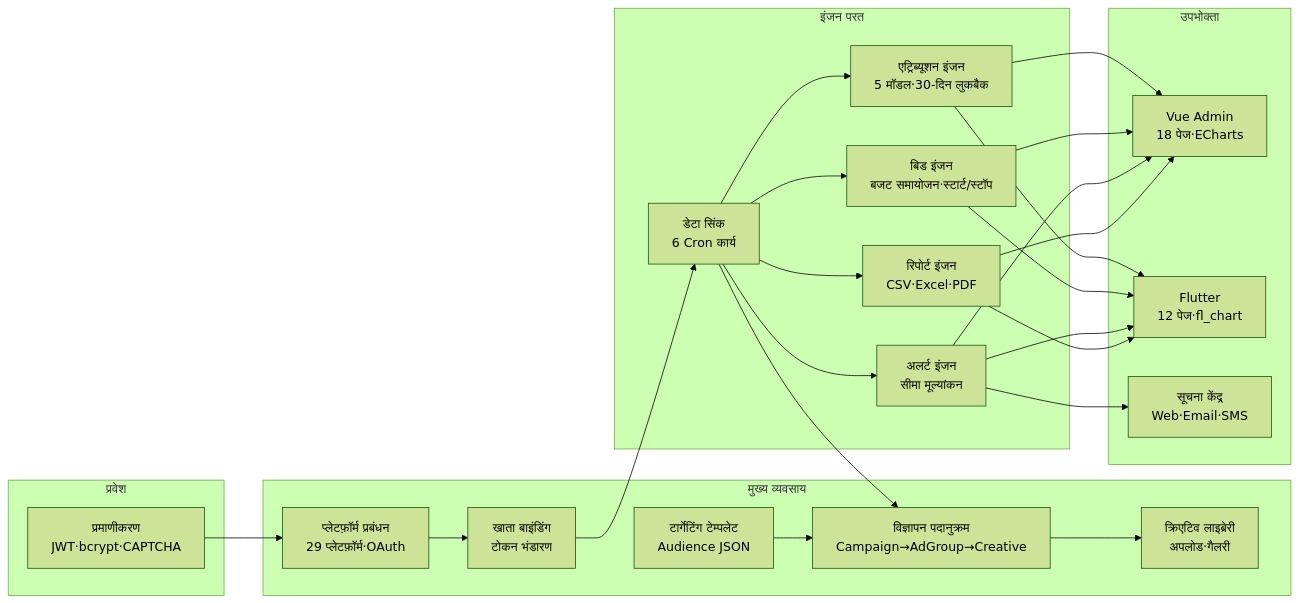
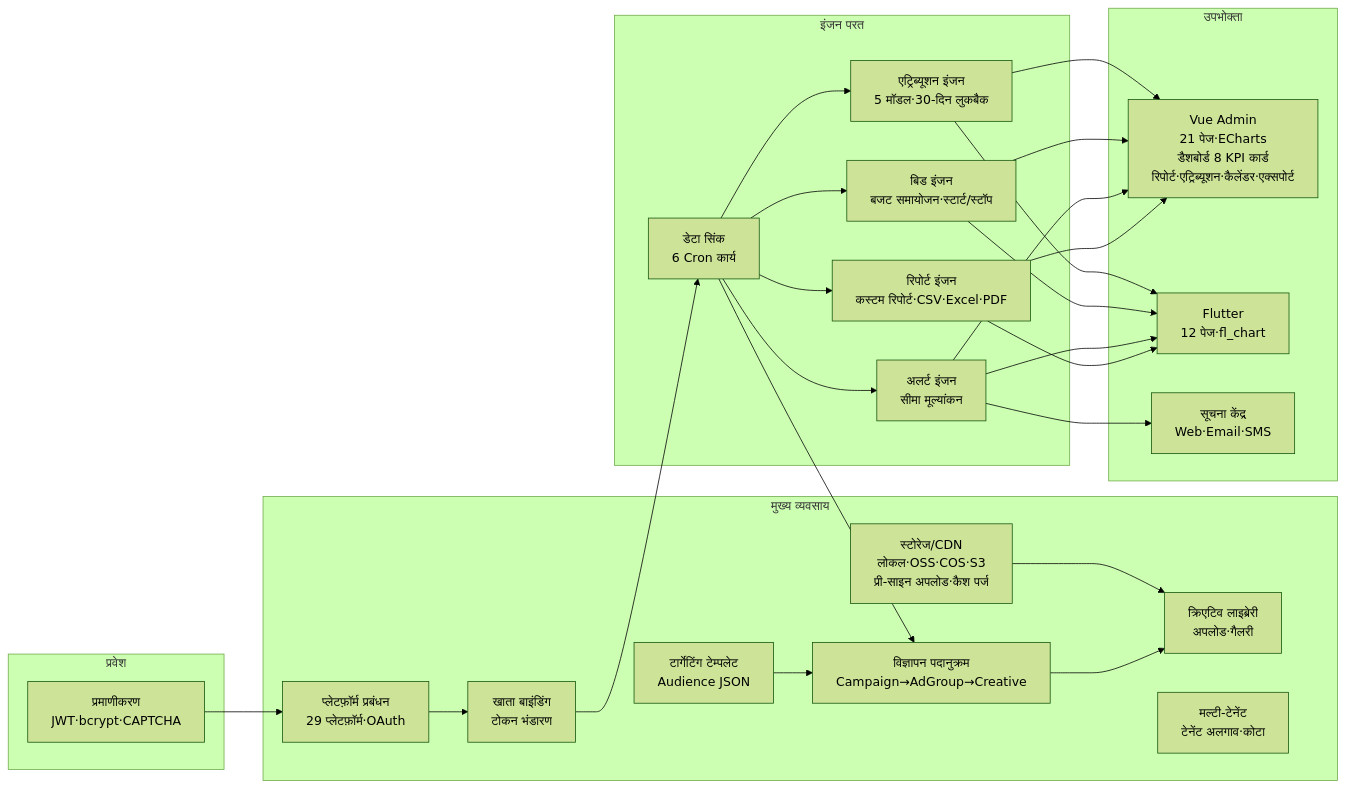
The diagram in docs/diagrams/svg/functional-modules.hi.mmd (erikwang2013/ads-php), drawn with Mermaid (forest theme) before and after one commit. The commit also changed 64 other files, not shown here.

First line of the commit message:
docs(usage): 使用说明文档 ×13 语言 + 功能模块图更新 + README 使用说明链接

```diff
--- a/docs/diagrams/svg/functional-modules.hi.mmd
+++ b/docs/diagrams/svg/functional-modules.hi.mmd
@@ -1,29 +1,32 @@
 graph LR
     subgraph Entry["प्रवेश"]
         A1["प्रमाणीकरण<br/>JWT·bcrypt·CAPTCHA"]
     end
     subgraph Core["मुख्य व्यवसाय"]
         B1["प्लेटफ़ॉर्म प्रबंधन<br/>29 प्लेटफ़ॉर्म·OAuth"]
         B2["खाता बाइंडिंग<br/>टोकन भंडारण"]
         B3["विज्ञापन पदानुक्रम<br/>Campaign→AdGroup→Creative"]
         B4["क्रिएटिव लाइब्रेरी<br/>अपलोड·गैलरी"]
         B5["टार्गेटिंग टेम्पलेट<br/>Audience JSON"]
+        B6["स्टोरेज/CDN<br/>लोकल·OSS·COS·S3<br/>प्री-साइन अपलोड·कैश पर्ज"]
+        B7["मल्टी-टेनेंट<br/>टेनेंट अलगाव·कोटा"]
     end
     subgraph Engine["इंजन परत"]
         C1["डेटा सिंक<br/>6 Cron कार्य"]
-        C2["रिपोर्ट इंजन<br/>CSV·Excel·PDF"]
+        C2["रिपोर्ट इंजन<br/>कस्टम रिपोर्ट·CSV·Excel·PDF"]
         C3["अलर्ट इंजन<br/>सीमा मूल्यांकन"]
         C4["बिड इंजन<br/>बजट समायोजन·स्टार्ट/स्टॉप"]
         C5["एट्रिब्यूशन इंजन<br/>5 मॉडल·30-दिन लुकबैक"]
     end
     subgraph Endpoint["उपभोक्ता"]
-        D1["Vue Admin<br/>18 पेज·ECharts"]
+        D1["Vue Admin<br/>21 पेज·ECharts<br/>डैशबोर्ड 8 KPI कार्ड<br/>रिपोर्ट·एट्रिब्यूशन·कैलेंडर·एक्सपोर्ट"]
         D2["Flutter<br/>12 पेज·fl_chart"]
         D3["सूचना केंद्र<br/>Web·Email·SMS"]
     end
     A1 --> B1 --> B2 --> C1
     C1 --> B3 --> B4
     B5 --> B3
+    B6 --> B4
     C1 --> C2 & C3 & C4 & C5
     C2 & C3 & C4 & C5 --> D1 & D2
     C3 --> D3
```
